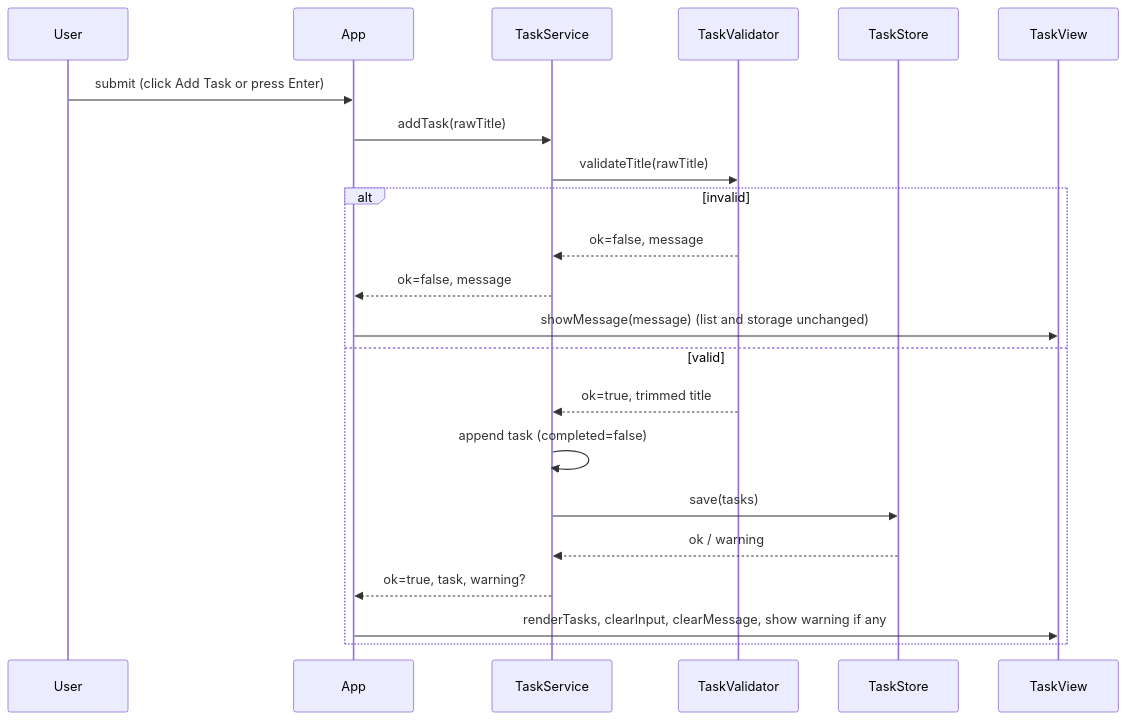
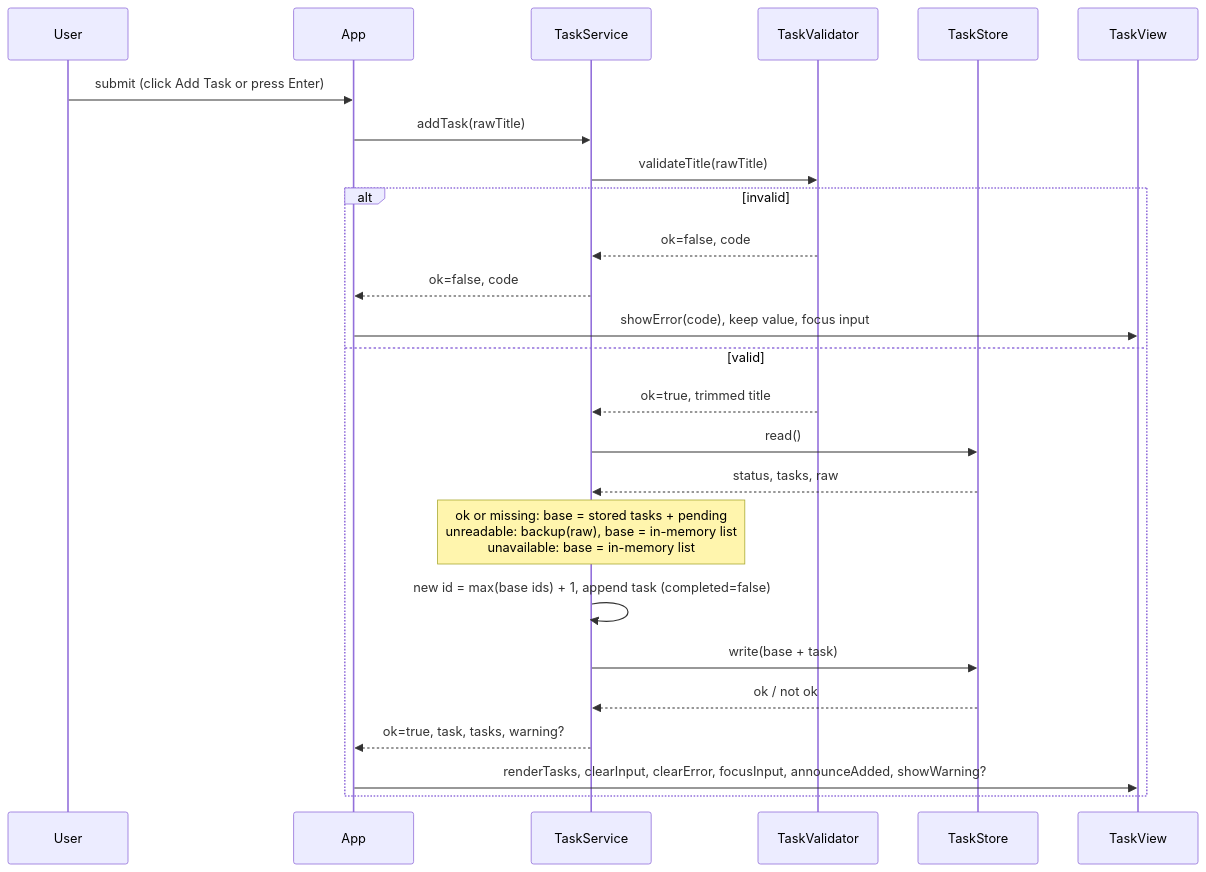
One commit to Manoj-A-Anandan/Claude-to-do-Capstone changed the second of 2 diagrams in docs/architecture.md. Above: the diagram before and after it, drawn with Mermaid. The commit also changed other lines of this file and 4 other files, not shown here.

Commit message:
docs: add design review; revise architecture to v3 and requirements to v2

````diff
--- a/docs/architecture.md
+++ b/docs/architecture.md
@@ -51,24 +65,27 @@
 ```mermaid
 sequenceDiagram
   participant U as User
   participant A as App
   participant S as TaskService
   participant V as TaskValidator
   participant T as TaskStore
   participant D as TaskView
   U->>A: submit (click Add Task or press Enter)
   A->>S: addTask(rawTitle)
   S->>V: validateTitle(rawTitle)
   alt invalid
-    V-->>S: ok=false, message
-    S-->>A: ok=false, message
-    A->>D: showMessage(message)  (list and storage unchanged)
+    V-->>S: ok=false, code
+    S-->>A: ok=false, code
+    A->>D: showError(code), keep value, focus input
   else valid
     V-->>S: ok=true, trimmed title
-    S->>S: append task (completed=false)
-    S->>T: save(tasks)
-    T-->>S: ok / warning
-    S-->>A: ok=true, task, warning?
-    A->>D: renderTasks, clearInput, clearMessage, show warning if any
+    S->>T: read()
+    T-->>S: status, tasks, raw
+    Note over S: ok or missing: base = stored tasks + pending<br/>unreadable: backup(raw), base = in-memory list<br/>unavailable: base = in-memory list
+    S->>S: new id = max(base ids) + 1, append task (completed=false)
+    S->>T: write(base + task)
+    T-->>S: ok / not ok
+    S-->>A: ok=true, task, tasks, warning?
+    A->>D: renderTasks, clearInput, clearError, focusInput, announceAdded, showWarning?
   end
 ```
````
